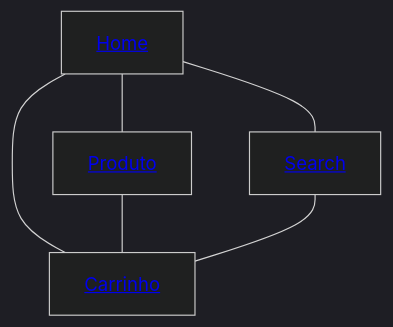
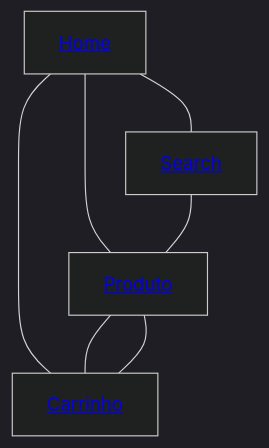
One commit to JV-PC/CrowStore changed the diagram in README.md. Above: the diagram before and after it, drawn with Mermaid (dark theme).

````diff
--- a/README.md
+++ b/README.md
@@ -6,10 +6,11 @@
 ```mermaid
   graph TD;
       Home[<a href='#'>Home</a>]---Carrinho[<a href='https://raw.githubusercontent.com/viniciussm07/pet-shop/main/mockups/mockupSecaoCachorro.png'>Carrinho</a>];
       
       Home---Produto[<a href='#'>Produto</a>];
       Produto---Carrinho
       
       Home---Search[<a href='#'>Search</a>];
-      Search---Carrinho
+      Search---Produto
+      Produto---Carrinho
 ```
````
